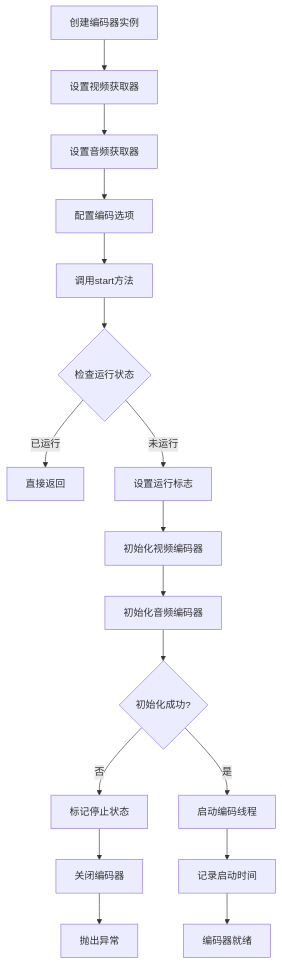
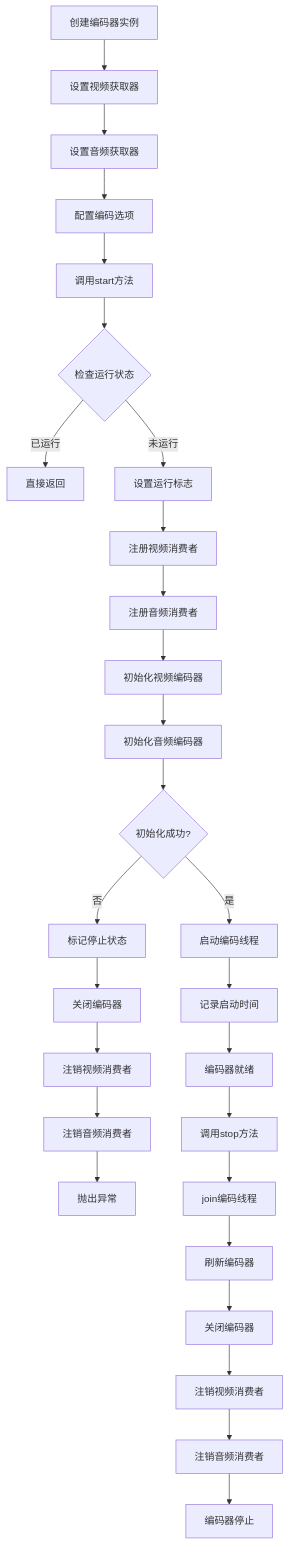
The fifth of 13 diagrams in .qoder/repowiki/zh/content/C++ 代理程序/处理模块/编码器技术文档.md (tsxuehu/pi-guard), drawn with Mermaid before and after one commit. The commit also changed other lines of this file and 10 other files, not shown here.

````diff
--- a/.qoder/repowiki/zh/content/C++ 代理程序/处理模块/编码器技术文档.md
+++ b/.qoder/repowiki/zh/content/C++ 代理程序/处理模块/编码器技术文档.md
@@ -250,19 +263,30 @@
 ```mermaid
 flowchart TD
 A[创建编码器实例] --> B[设置视频获取器]
 B --> C[设置音频获取器]
 C --> D[配置编码选项]
 D --> E[调用start方法]
 E --> F{检查运行状态}
 F --> |已运行| G[直接返回]
 F --> |未运行| H[设置运行标志]
-H --> I[初始化视频编码器]
-I --> J[初始化音频编码器]
-J --> K{初始化成功?}
-K --> |否| L[标记停止状态]
-L --> M[关闭编码器]
-M --> N[抛出异常]
-K --> |是| O[启动编码线程]
-O --> P[记录启动时间]
-P --> Q[编码器就绪]
+H --> I[注册视频消费者]
+I --> J[注册音频消费者]
+J --> K[初始化视频编码器]
+K --> L[初始化音频编码器]
+L --> M{初始化成功?}
+M --> |否| N[标记停止状态]
+N --> O[关闭编码器]
+O --> P[注销视频消费者]
+P --> Q[注销音频消费者]
+Q --> R[抛出异常]
+M --> |是| S[启动编码线程]
+S --> T[记录启动时间]
+T --> U[编码器就绪]
+U --> V[调用stop方法]
+V --> W[join编码线程]
+W --> X[刷新编码器]
+X --> Y[关闭编码器]
+Y --> Z[注销视频消费者]
+Z --> AA[注销音频消费者]
+AA --> BB[编码器停止]
 ```
````
